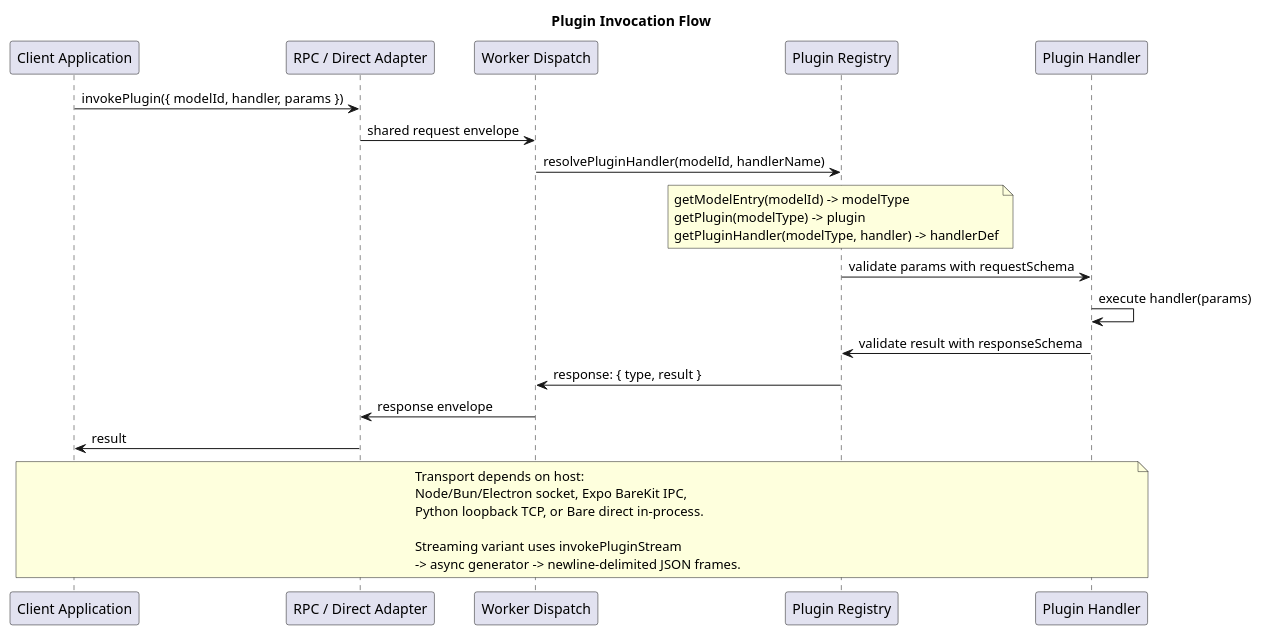
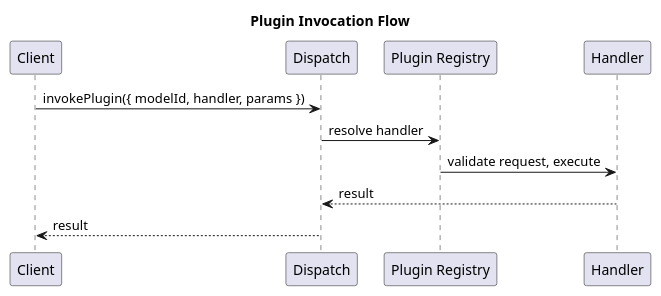
Before and after one commit to Zbig9000/qvac: the diagram in docs/architecture/puml/04-plugin-invocation-flow.puml, drawn with PlantUML. The commit also changed 20 other files, not shown here.

First line of the commit message:
doc[notask]: simplify SDK family architecture diagrams (#3982)

```diff
--- a/docs/architecture/puml/04-plugin-invocation-flow.puml
+++ b/docs/architecture/puml/04-plugin-invocation-flow.puml
@@ -1,36 +1,15 @@
 @startuml
 title Plugin Invocation Flow
 
-participant "Client Application" as Client
-participant "RPC / Direct Adapter" as RPC
-participant "Worker Dispatch" as Dispatch
+participant "Client" as Client
+participant "Dispatch" as Dispatch
 participant "Plugin Registry" as PluginReg
-participant "Plugin Handler" as Handler
+participant "Handler" as Handler
 
-Client -> RPC : invokePlugin({ modelId, handler, params })
-RPC -> Dispatch : shared request envelope
-Dispatch -> PluginReg : resolvePluginHandler(modelId, handlerName)
-
-note over PluginReg
-  getModelEntry(modelId) -> modelType
-  getPlugin(modelType) -> plugin
-  getPluginHandler(modelType, handler) -> handlerDef
-end note
-
-PluginReg -> Handler : validate params with requestSchema
-Handler -> Handler : execute handler(params)
-Handler -> PluginReg : validate result with responseSchema
-PluginReg -> Dispatch : response: { type, result }
-Dispatch -> RPC : response envelope
-RPC -> Client : result
-
-note over Client, Handler
-  Transport depends on host:
-  Node/Bun/Electron socket, Expo BareKit IPC,
-  Python loopback TCP, or Bare direct in-process.
-
-  Streaming variant uses invokePluginStream
-  -> async generator -> newline-delimited JSON frames.
-end note
+Client -> Dispatch : invokePlugin({ modelId, handler, params })
+Dispatch -> PluginReg : resolve handler
+PluginReg -> Handler : validate request, execute
+Handler --> Dispatch : result
+Dispatch --> Client : result
 
 @enduml
```
